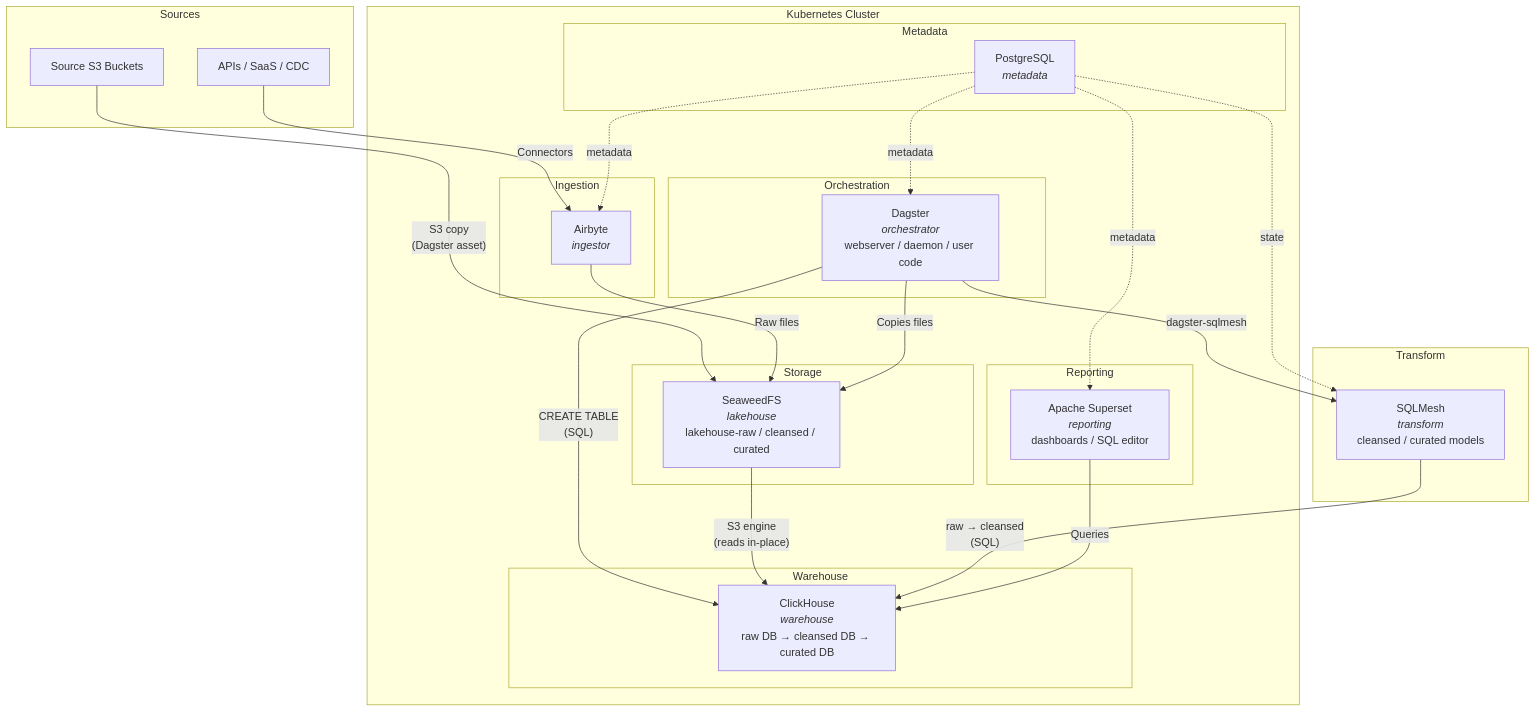
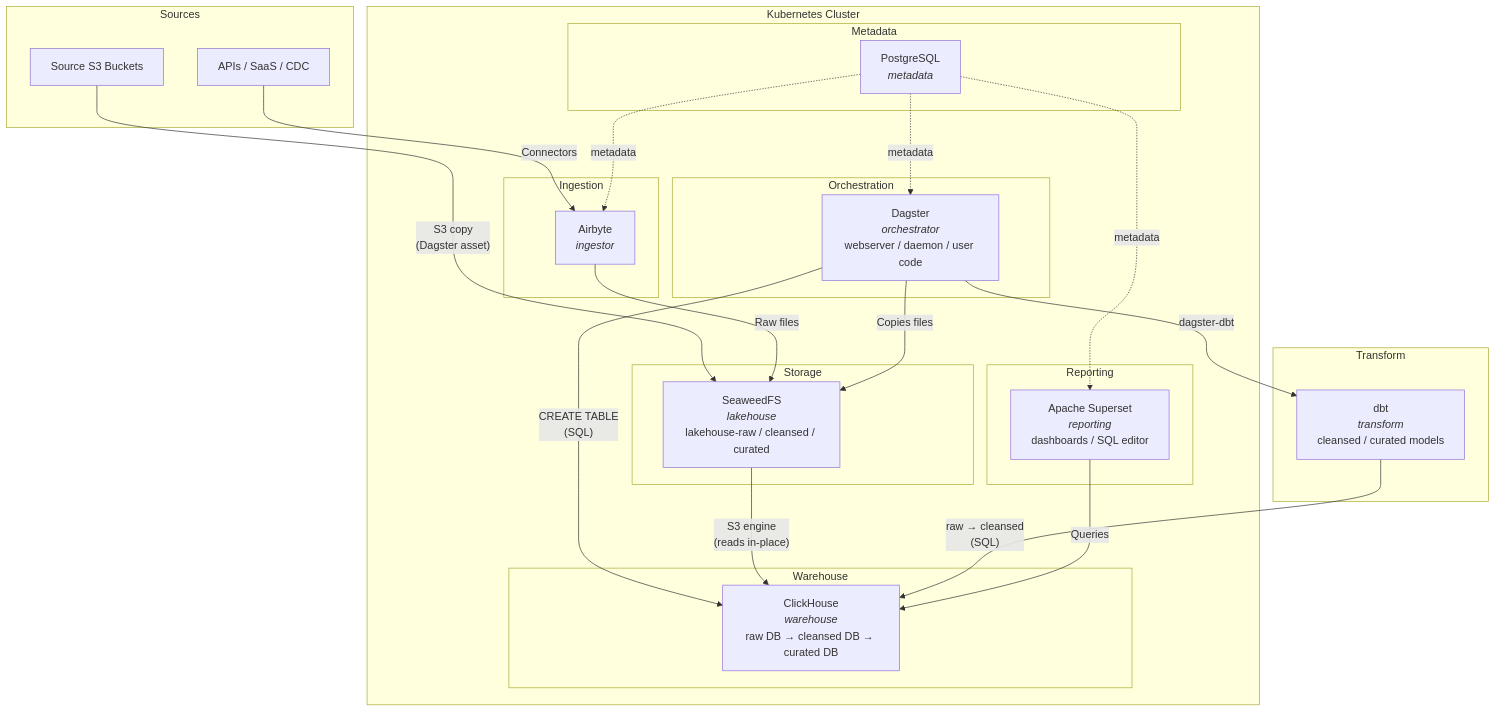
The diagram in README.md (dfunto/os-data-platform), drawn with Mermaid before and after one commit. The commit also changed other lines of this file and 42 other files, not shown here.

Commit message:
change sqlmesh to dbt

````diff
--- a/README.md
+++ b/README.md
@@ -9,51 +9,50 @@
 ```mermaid
 graph TB
     subgraph Sources
         S3["Source S3 Buckets"]
         API["APIs / SaaS / CDC"]
     end
 
     subgraph K8s["Kubernetes Cluster"]
         subgraph Orchestration
             Dagster["Dagster<br/><i>orchestrator</i><br/>webserver / daemon / user code"]
         end
 
         subgraph Storage
             SeaweedFS["SeaweedFS<br/><i>lakehouse</i><br/>lakehouse-raw / cleansed / curated"]
         end
 
         subgraph Warehouse
             ClickHouse["ClickHouse<br/><i>warehouse</i><br/>raw DB → cleansed DB → curated DB"]
         end
 
         subgraph Ingestion
             Airbyte["Airbyte<br/><i>ingestor</i>"]
         end
 
         subgraph Reporting
             Superset["Apache Superset<br/><i>reporting</i><br/>dashboards / SQL editor"]
         end
 
         subgraph Metadata
             Postgres["PostgreSQL<br/><i>metadata</i>"]
         end
     end
 
     subgraph Transform
-        SQLMesh["SQLMesh<br/><i>transform</i><br/>cleansed / curated models"]
+        dbt["dbt<br/><i>transform</i><br/>cleansed / curated models"]
     end
 
     S3 -- "S3 copy<br/>(Dagster asset)" --> SeaweedFS
     API -- "Connectors" --> Airbyte
     Airbyte -- "Raw files" --> SeaweedFS
     Dagster -- "Copies files" --> SeaweedFS
     Dagster -- "CREATE TABLE<br/>(SQL)" --> ClickHouse
     SeaweedFS -- "S3 engine<br/>(reads in-place)" --> ClickHouse
-    Dagster -- "dagster-sqlmesh" --> SQLMesh
-    SQLMesh -- "raw → cleansed<br/>(SQL)" --> ClickHouse
+    Dagster -- "dagster-dbt" --> dbt
+    dbt -- "raw → cleansed<br/>(SQL)" --> ClickHouse
     Superset -- "Queries" --> ClickHouse
     Postgres -. "metadata" .-> Dagster
     Postgres -. "metadata" .-> Airbyte
     Postgres -. "metadata" .-> Superset
-    Postgres -. "state" .-> SQLMesh
 ```
````
